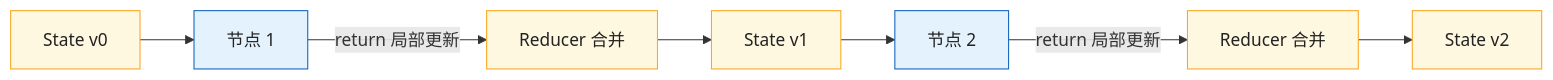
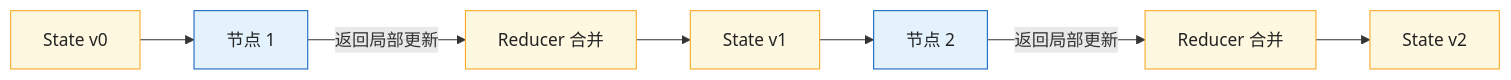
The second of 7 diagrams in _posts/2026-07-15-langgraph.md (KwanWaiPang/KwanWaiPang.github.io), drawn with Mermaid before and after one commit. The commit also changed other lines of this file, not shown here.

First line of the commit message:
修复 LangGraph 博文图1渲染，并收敛表述与课程覆盖

```diff
--- a/_posts/2026-07-15-langgraph.md
+++ b/_posts/2026-07-15-langgraph.md
@@ -144,15 +167,15 @@
 <div class="mermaid" style="display: flex; justify-content: center; width: 100%; margin: 0 auto;">
 flowchart LR
-    classDef n fill:#E3F2FD,stroke:#1565C0,color:#222
-    classDef s fill:#FFF8E1,stroke:#F9A825,color:#222
+    classDef nCls fill:#E3F2FD,stroke:#1565C0,color:#222
+    classDef sCls fill:#FFF8E1,stroke:#F9A825,color:#222
 
     S0["State v0"] --> N1["节点 1"]
-    N1 -->|"return 局部更新"| R["Reducer 合并"]
-    R --> S1["State v1"]
+    N1 -->|"返回局部更新"| R1["Reducer 合并"]
+    R1 --> S1["State v1"]
     S1 --> N2["节点 2"]
-    N2 -->|"return 局部更新"| R2["Reducer 合并"]
+    N2 -->|"返回局部更新"| R2["Reducer 合并"]
     R2 --> S2["State v2"]
 
-    class N1,N2 n
-    class S0,S1,S2,R,R2 s
+    class N1,N2 nCls
+    class S0,S1,S2,R1,R2 sCls
 </div>
```
